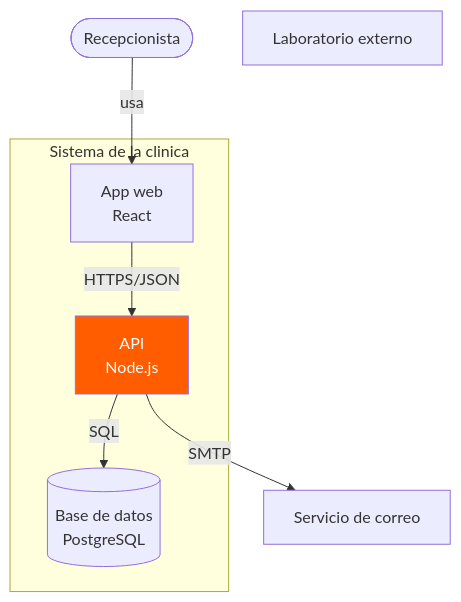
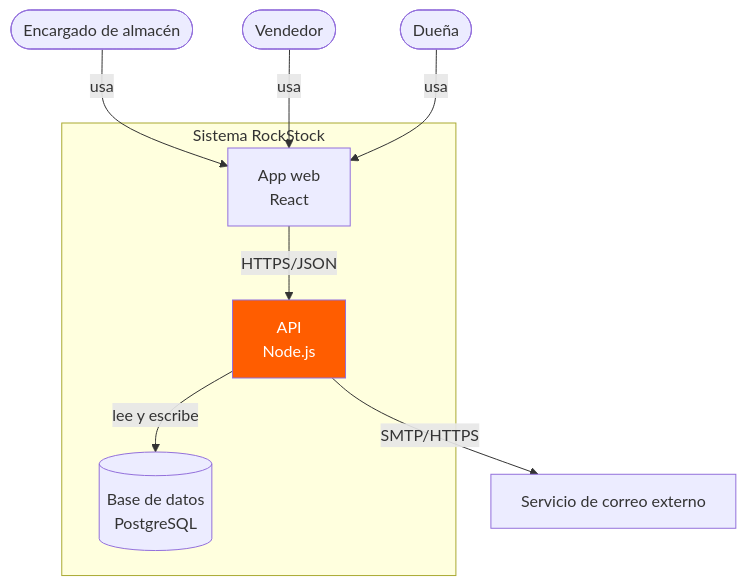
Before and after one commit to Csramy/Inventario-Empresa: the second of 3 diagrams in docs/arch/diagramas.md, drawn with Mermaid. The commit also changed other lines of this file, not shown here.

````diff
--- a/docs/arch/diagramas.md
+++ b/docs/arch/diagramas.md
@@ -143,20 +34,23 @@
 ```mermaid
 flowchart TD
-    rec([Recepcionista])
+    alm([Encargado de almacén])
+    ven([Vendedor])
+    due([Dueña])
 
-    subgraph sistema[Sistema de la clinica]
+    subgraph sistema[Sistema RockStock]
         web[App web<br/>React]
         api[API<br/>Node.js]
         db[(Base de datos<br/>PostgreSQL)]
     end
 
-    lab[Laboratorio externo]
-    correo[Servicio de correo]
+    correo[Servicio de correo externo]
 
-    rec -->|usa| web
+    alm -->|usa| web
+    ven -->|usa| web
+    due -->|usa| web
     web -->|HTTPS/JSON| api
-    api -->|SQL| db
-    api -->|SMTP| correo
+    api -->|lee y escribe| db
+    api -->|SMTP/HTTPS| correo
 
     style api fill:#ff5d00,color:#fff
 ```
````
